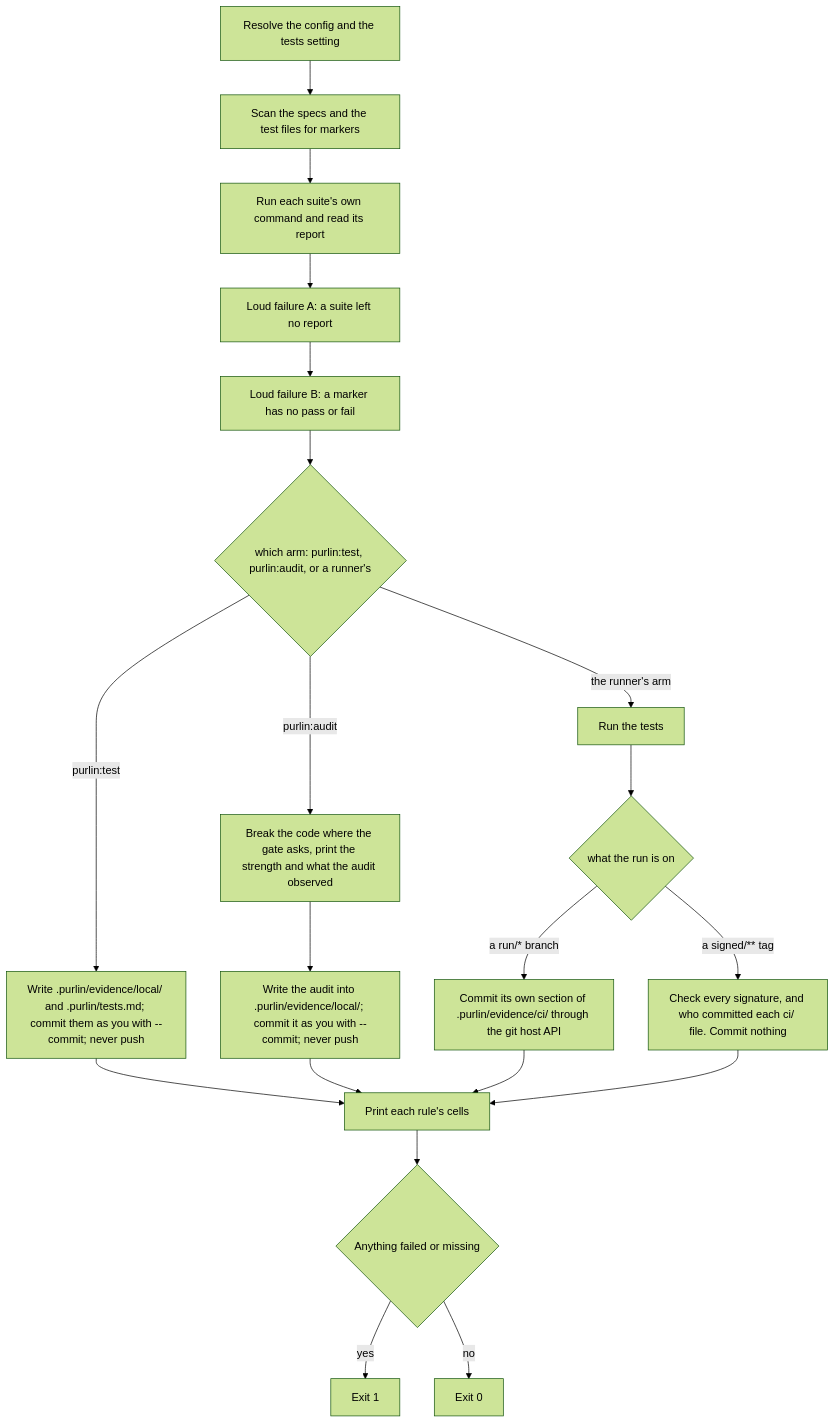
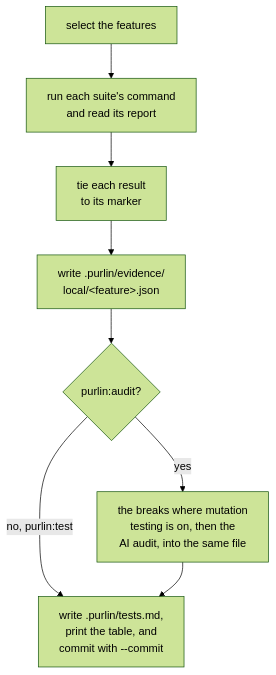
The diagram in docs/running-and-evidence.md (rlabarca/purlin), drawn with Mermaid (forest theme) before and after one commit. The commit also changed other lines of this file, not shown here.

Commit message:
docs: running and evidence draws the one run the two commands share, on your machine, and what the audit adds
Claude-Session: https://claude.ai/code/session_01EY16JPT1BcH9yMJU9cYMBw

````diff
--- a/docs/running-and-evidence.md
+++ b/docs/running-and-evidence.md
@@ -147,22 +149,10 @@
 ```mermaid
 flowchart TD
-  A[Resolve the config and the tests setting] --> B[Scan the specs and the test files for markers]
-  B --> C[Run each suite's own command and read its report]
-  C --> D[Loud failure A: a suite left no report]
-  D --> E[Loud failure B: a marker has no pass or fail]
-  E --> F{"which arm: purlin:test, purlin:audit, or a runner's"}
-  F -- "purlin:test" --> T1["Write .purlin/evidence/local/ and .purlin/tests.md; commit them as you with --commit; never push"]
-  F -- "purlin:audit" --> A1["Break the code where the gate asks, print the strength and what the audit observed"]
-  A1 --> A2["Write the audit into .purlin/evidence/local/; commit it as you with --commit; never push"]
-  F -- "the runner's arm" --> H["Run the tests"]
-  H --> Ci{"what the run is on"}
-  Ci -->|"a run/* branch"| I2["Commit its own section of .purlin/evidence/ci/ through the git host API"]
-  Ci -->|"a signed/** tag"| I3["Check every signature, and who committed each ci/ file. Commit nothing"]
-  T1 --> G["Print each rule's cells"]
-  A2 --> G
-  I2 --> G
-  I3 --> G
-  G --> J{Anything failed or missing}
-  J -- yes --> K[Exit 1]
-  J -- no --> L[Exit 0]
+    S["select the features"] --> R["run each suite's command<br>and read its report"]
+    R --> M["tie each result<br>to its marker"]
+    M --> W["write .purlin/evidence/<br>local/#lt;feature#gt;.json"]
+    W --> Q{"purlin:audit?"}
+    Q -->|yes| A["the breaks where mutation<br>testing is on, then the<br>AI audit, into the same file"]
+    Q -->|"no, purlin:test"| T
+    A --> T["write .purlin/tests.md,<br>print the table, and<br>commit with --commit"]
 ```
````
